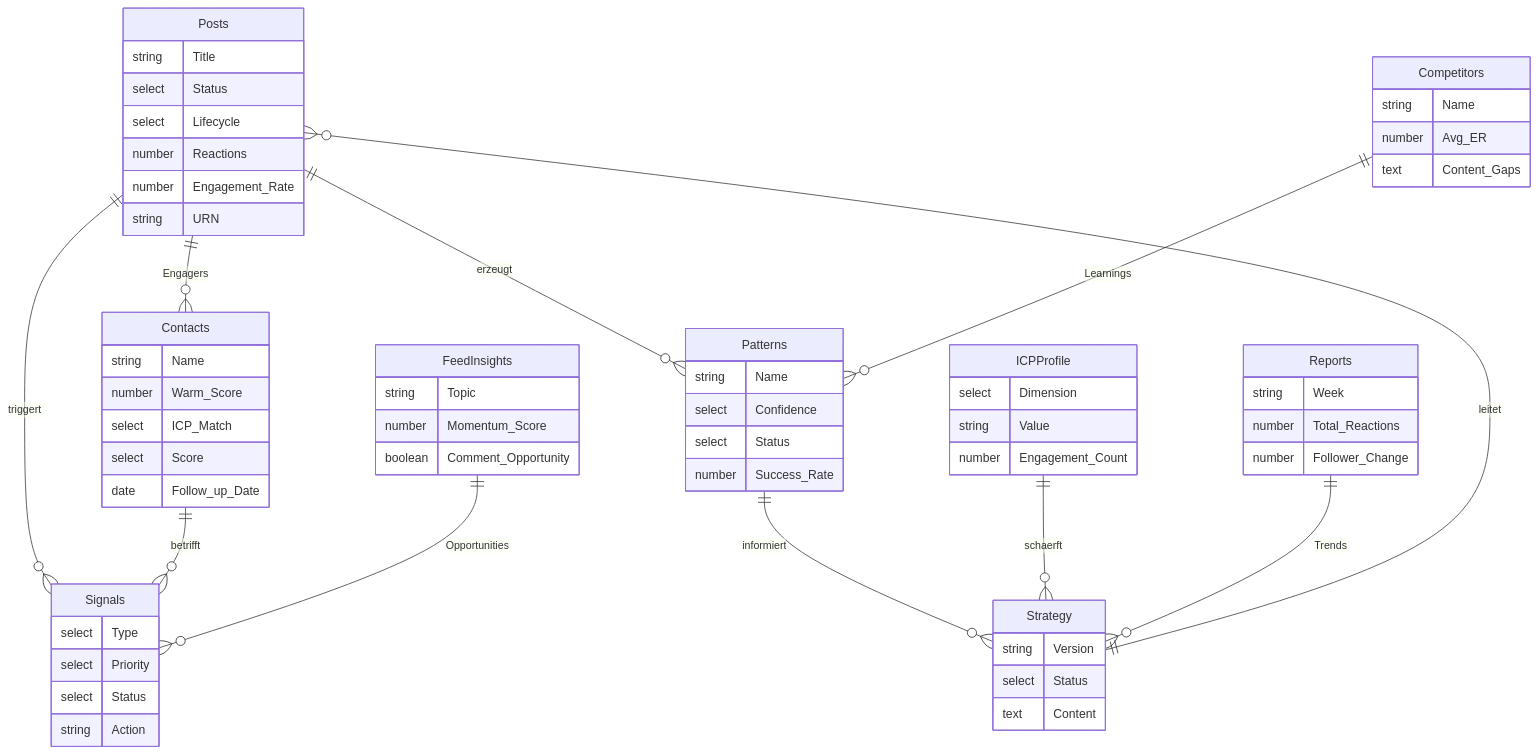
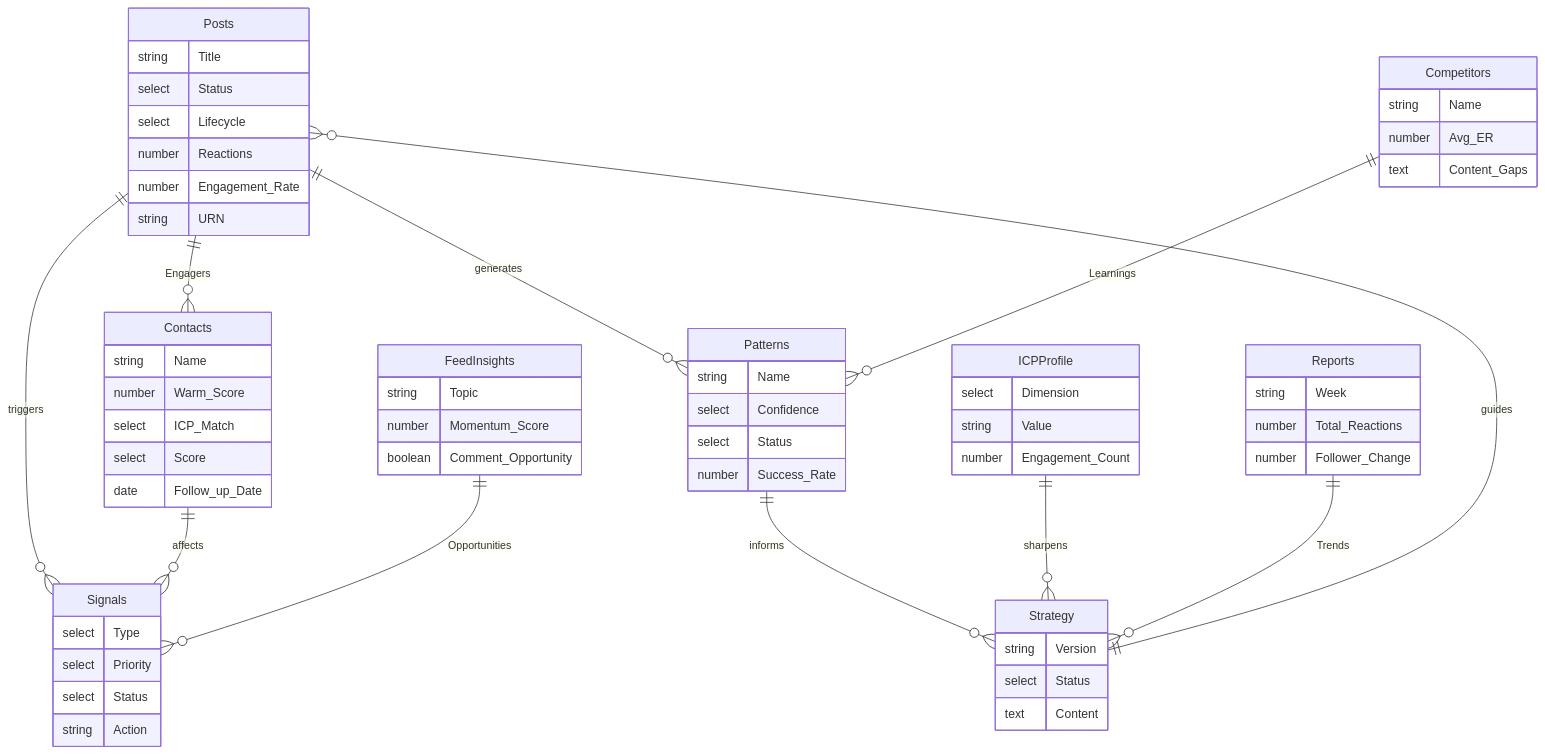
One commit to sabania/linkedin-cli changed the seventh of 8 diagrams in plugin/README.md. Above: the diagram before and after it, drawn with Mermaid. The commit also changed other lines of this file and 35 other files, not shown here.

````diff
--- a/plugin/README.md
+++ b/plugin/README.md
@@ -216,74 +216,74 @@
 ```mermaid
 erDiagram
     Posts ||--o{ Contacts : "Engagers"
-    Posts ||--o{ Patterns : "erzeugt"
-    Posts ||--o{ Signals : "triggert"
-    Contacts ||--o{ Signals : "betrifft"
-    Patterns ||--o{ Strategy : "informiert"
-    Strategy ||--o{ Posts : "leitet"
+    Posts ||--o{ Patterns : "generates"
+    Posts ||--o{ Signals : "triggers"
+    Contacts ||--o{ Signals : "affects"
+    Patterns ||--o{ Strategy : "informs"
+    Strategy ||--o{ Posts : "guides"
     Competitors ||--o{ Patterns : "Learnings"
     FeedInsights ||--o{ Signals : "Opportunities"
-    ICPProfile ||--o{ Strategy : "schaerft"
+    ICPProfile ||--o{ Strategy : "sharpens"
     Reports ||--o{ Strategy : "Trends"
 
     Posts {
         string Title
         select Status
         select Lifecycle
         number Reactions
         number Engagement_Rate
         string URN
     }
 
     Contacts {
         string Name
         number Warm_Score
         select ICP_Match
         select Score
         date Follow_up_Date
     }
 
     Patterns {
         string Name
         select Confidence
         select Status
         number Success_Rate
     }
 
     Strategy {
         string Version
         select Status
         text Content
     }
 
     Competitors {
         string Name
         number Avg_ER
         text Content_Gaps
     }
 
     Signals {
         select Type
         select Priority
         select Status
         string Action
     }
 
     FeedInsights {
         string Topic
         number Momentum_Score
         boolean Comment_Opportunity
     }
 
     ICPProfile {
         select Dimension
         string Value
         number Engagement_Count
     }
 
     Reports {
         string Week
         number Total_Reactions
         number Follower_Change
     }
 ```
````
